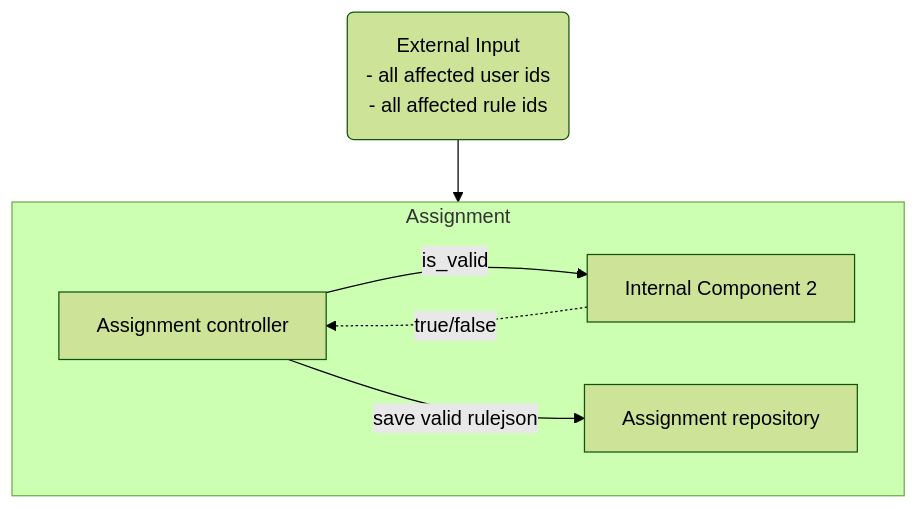
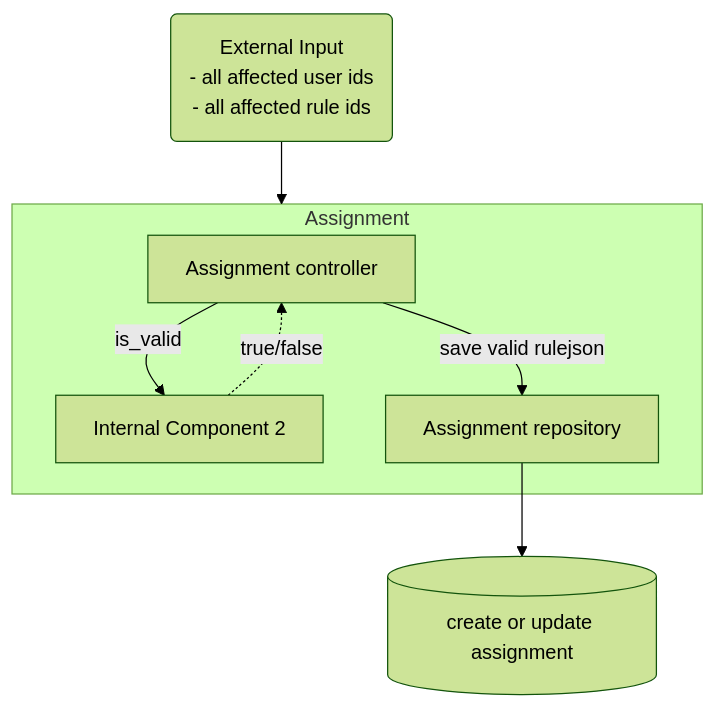
One commit to Wunderbyte-GmbH/Moodle-local_taskflow changed the diagram in classes/local/assignment_process/assignment_structure_info.md. Above: the diagram before and after it, drawn with Mermaid (forest theme). The commit also changed 9 other files, not shown here.

Commit message:
GH-43: create or update assignment

````diff
--- a/classes/local/assignment_process/assignment_structure_info.md
+++ b/classes/local/assignment_process/assignment_structure_info.md
@@ -1,24 +1,28 @@
 ```mermaid
-graph TD
-        %% External elements
+    graph TD
+    %% External elements
     ExternalInput(
         External Input
         - all affected user ids
         - all affected rule ids
     )
+    Assignments[(
+        create or update assignment
+    )]
 
     %% Main component as subgraph
     subgraph AssignmentComponent["Assignment"]
         assign_controller["Assignment controller"]
         filter["Internal Component 2"]
         assign_repo["Assignment repository"]
 
         %% Internal relations
         assign_controller -- is_valid--> filter
         filter -. true/false.-> assign_controller
         assign_controller -- save valid rulejson --> assign_repo
     end
 
     %% External connections
     ExternalInput --> AssignmentComponent
+    assign_repo --> Assignments
 ```
````
